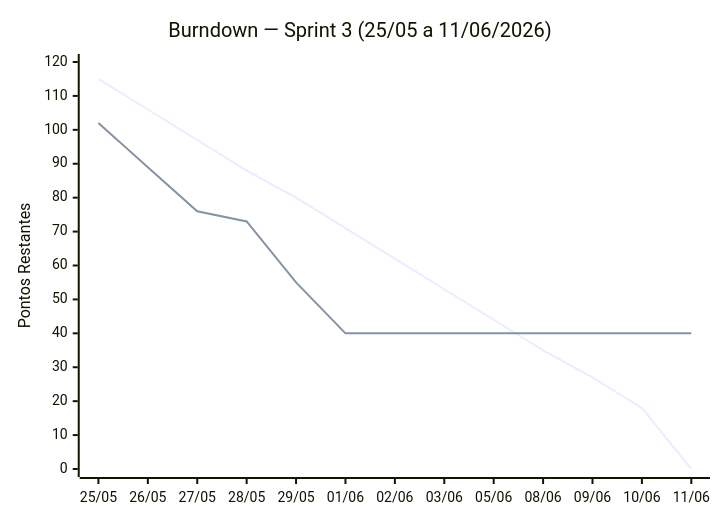
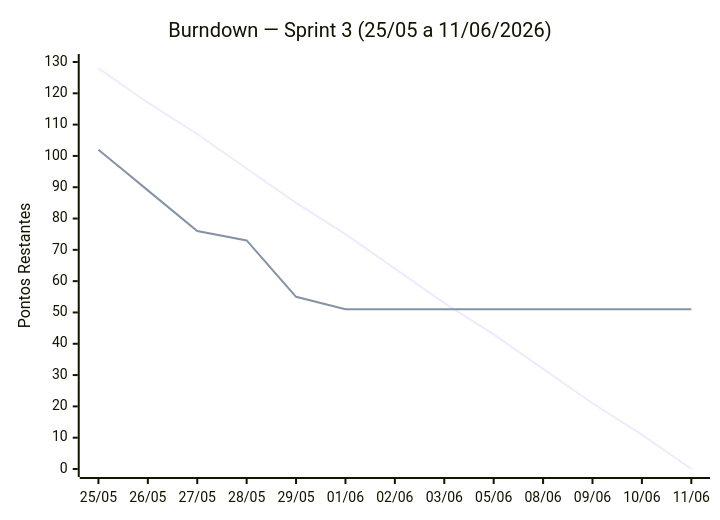
The diagram in docs/scrum/sprint-3/sprint-3.md (DEVassos/scrum-flow-abp), drawn with Mermaid before and after one commit. The commit also changed other lines of this file and 2 other files, not shown here.

````diff
--- a/docs/scrum/sprint-3/sprint-3.md
+++ b/docs/scrum/sprint-3/sprint-3.md
@@ -98,8 +105,8 @@
 ```mermaid
 xychart-beta
     title "Burndown — Sprint 3 (25/05 a 11/06/2026)"
     x-axis ["25/05", "26/05", "27/05", "28/05", "29/05", "01/06", "02/06", "03/06", "05/06", "08/06", "09/06", "10/06", "11/06"]
-    y-axis "Pontos Restantes" 0 --> 120
-    line [115, 106, 97, 88, 80, 71, 62, 53, 44, 35, 27, 18, 0]
-    line [102, 89, 76, 73, 55, 40, 40, 40, 40, 40, 40, 40, 40]
+    y-axis "Pontos Restantes" 0 --> 130
+    line [128, 117, 107, 96, 85, 75, 64, 53, 43, 32, 21, 11, 0]
+    line [102, 89, 76, 73, 55, 51, 51, 51, 51, 51, 51, 51, 51]
 ```
````
